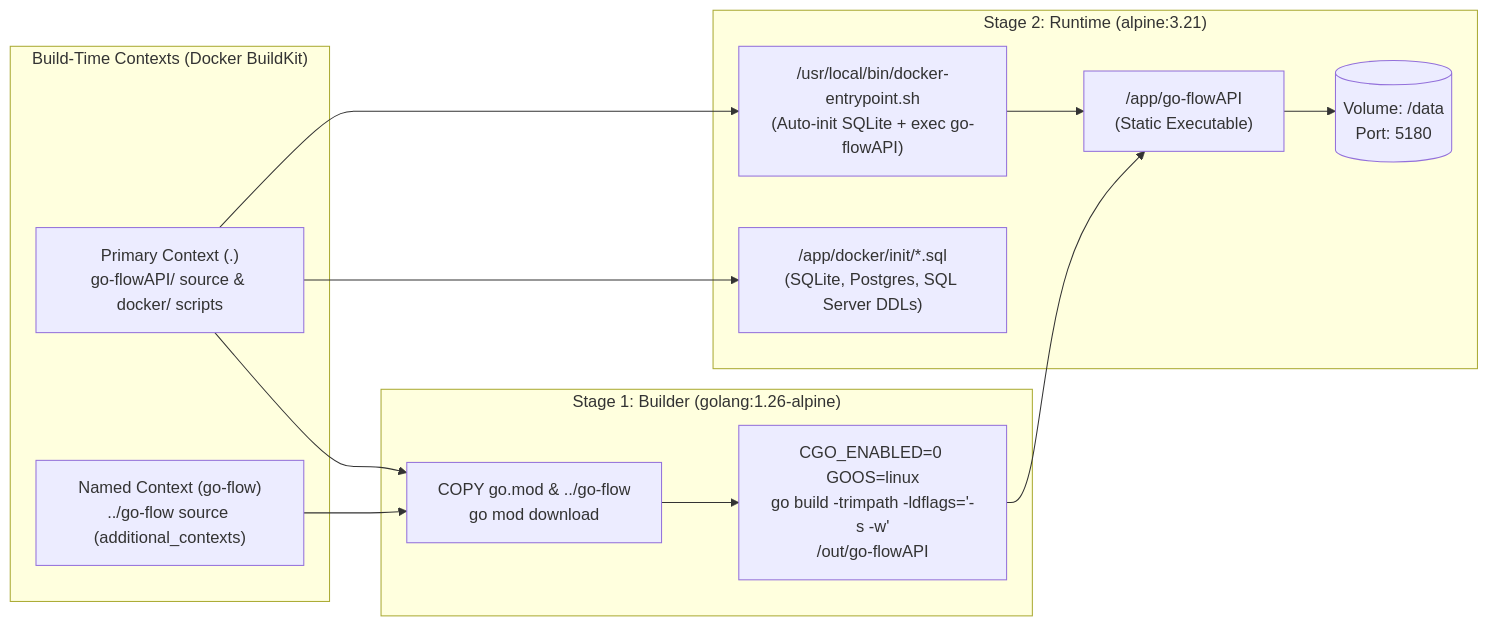
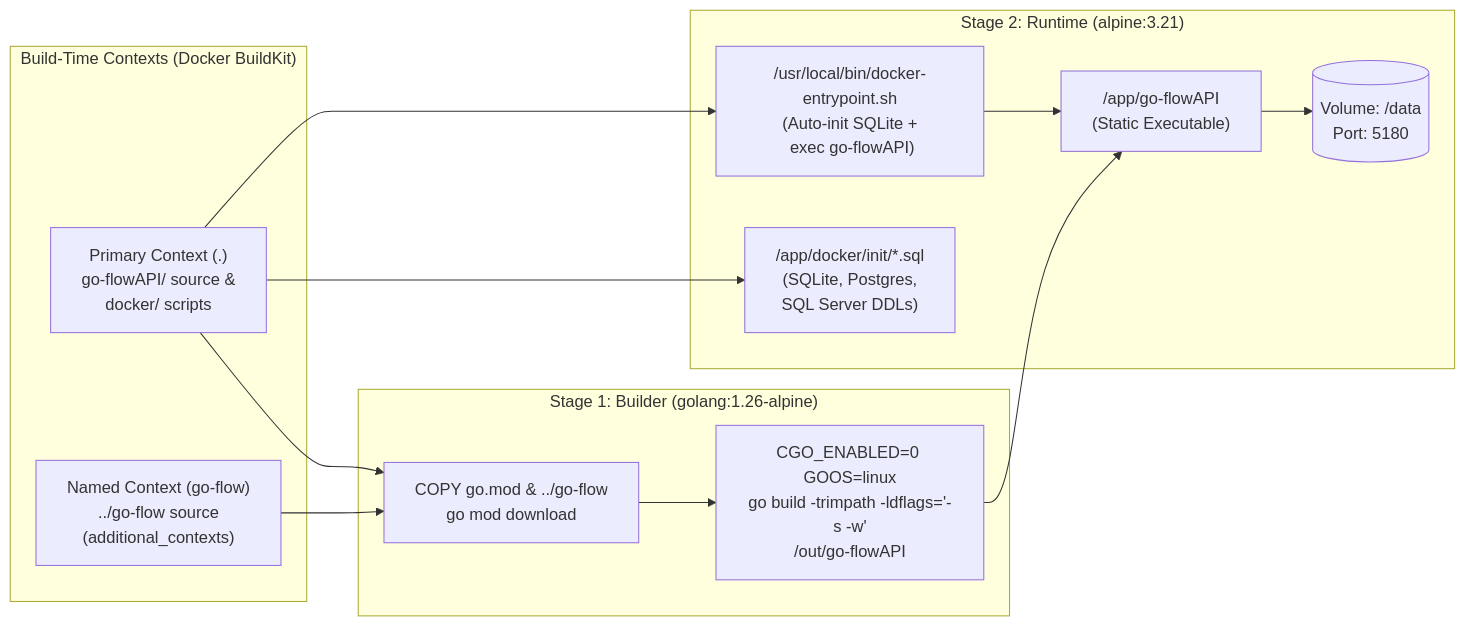
One commit to etl-madness/flow-docs changed the first of 3 diagrams in docs/guides/API_DOCKER_DEPLOYMENT_GUIDE.md. Above: the diagram before and after it, drawn with Mermaid. The commit also changed other lines of this file and 4 other files, not shown here.

Commit message:
feat: git pages, mermaid graph cleanup v2

````diff
--- a/docs/guides/API_DOCKER_DEPLOYMENT_GUIDE.md
+++ b/docs/guides/API_DOCKER_DEPLOYMENT_GUIDE.md
@@ -38,26 +62,26 @@
 ```mermaid
 flowchart LR
     subgraph Contexts["Build-Time Contexts (Docker BuildKit)"]
-        CTX_MAIN["Primary Context (.)<br/>go-flowAPI/ source &amp; docker/ scripts"]
-        CTX_GFLOW["Named Context (go-flow)<br/>../go-flow source (additional_contexts)"]
+        CTX_MAIN["Primary Context (.)<br/>go-flowAPI/ source &amp;<br/> docker/ scripts"]
+        CTX_GFLOW["Named Context (go-flow)<br/>../go-flow source <br/>(additional_contexts)"]
     end
 
     subgraph Stage1["Stage 1: Builder (golang:1.26-alpine)"]
         MOD["COPY go.mod &amp; ../go-flow<br/>go mod download"]
         BUILD["CGO_ENABLED=0 GOOS=linux<br/>go build -trimpath -ldflags='-s -w'<br/>/out/go-flowAPI"]
         MOD --> BUILD
     end
 
     subgraph Stage2["Stage 2: Runtime (alpine:3.21)"]
         BIN["/app/go-flowAPI<br/>(Static Executable)"]
-        INIT["/app/docker/init/*.sql<br/>(SQLite, Postgres, SQL Server DDLs)"]
-        ENTRY["/usr/local/bin/docker-entrypoint.sh<br/>(Auto-init SQLite + exec go-flowAPI)"]
+        INIT["/app/docker/init/*.sql<br/>(SQLite, Postgres,<br/> SQL Server DDLs)"]
+        ENTRY["/usr/local/bin/docker-entrypoint.sh<br/>(Auto-init SQLite +<br/> exec go-flowAPI)"]
         VOL[("Volume: /data<br/>Port: 5180")]
     end
 
     CTX_MAIN & CTX_GFLOW --> MOD
     BUILD --> BIN
     CTX_MAIN --> INIT & ENTRY
     ENTRY --> BIN
     BIN --> VOL
 ```
````
